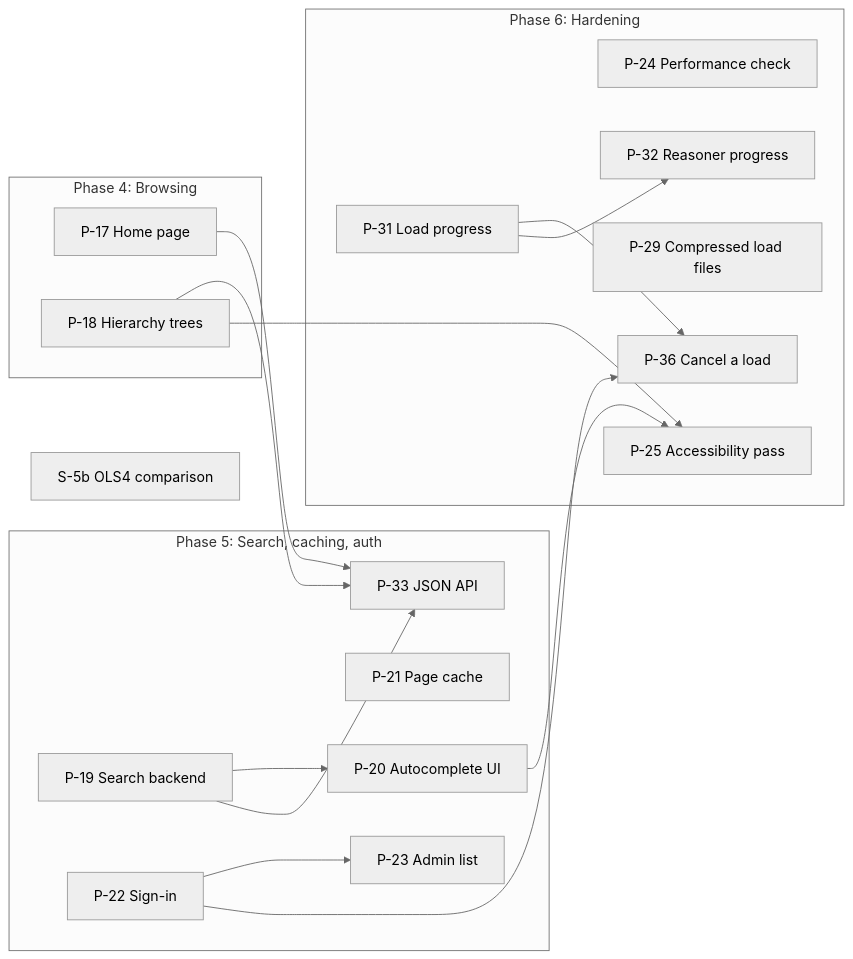
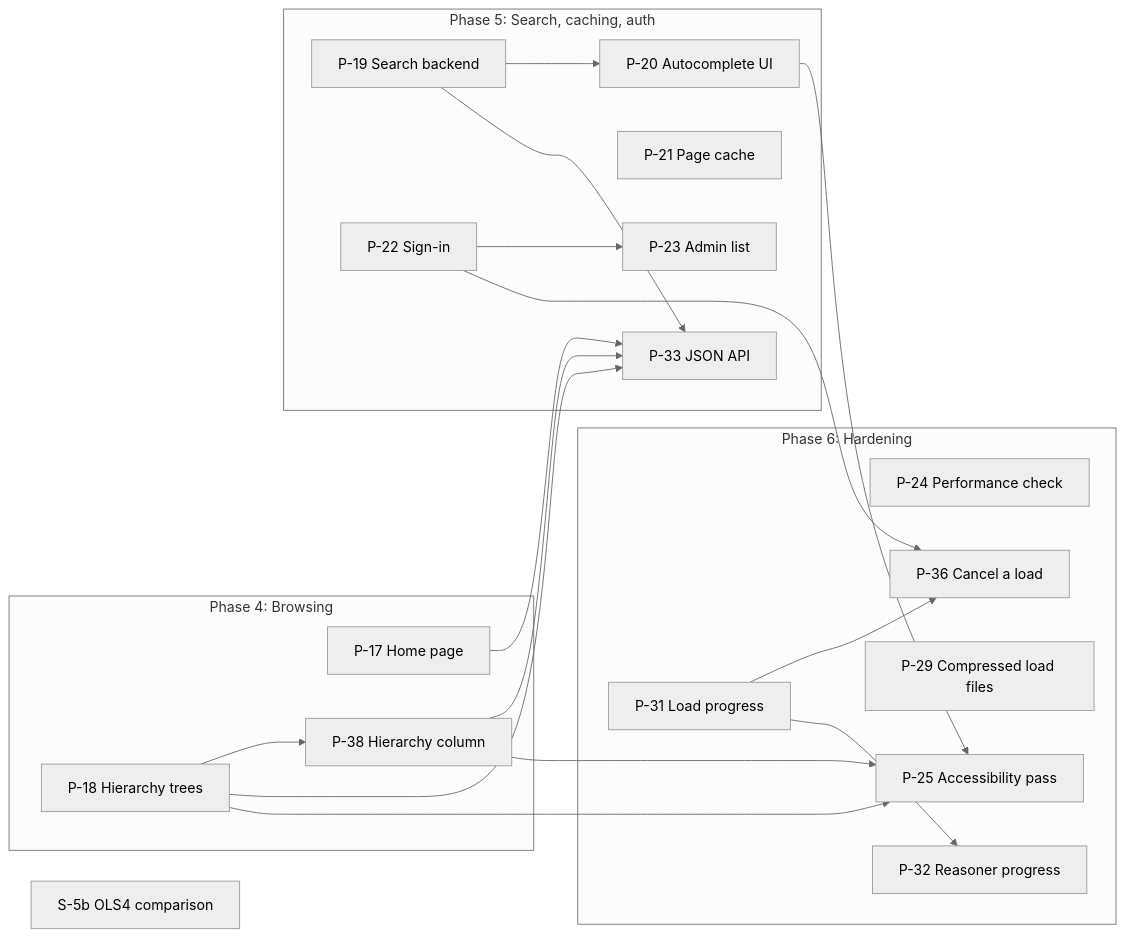
The diagram in docs/DESIGN.md (jclerman/browl), drawn with Mermaid (neutral theme) before and after one commit. The commit also changed other lines of this file, not shown here.

First line of the commit message:
Design: P-38, a hierarchy column on entity pages (U-45)

````diff
--- a/docs/DESIGN.md
+++ b/docs/DESIGN.md
@@ -1602,31 +1612,33 @@
 ```mermaid
 flowchart LR
     subgraph P4["Phase 4: Browsing"]
         P17["P-17 Home page"]
         P18["P-18 Hierarchy trees"]
+        P38["P-38 Hierarchy column"]
     end
     subgraph P5["Phase 5: Search, caching, auth"]
         P19["P-19 Search backend"]
         P20["P-20 Autocomplete UI"]
         P21["P-21 Page cache"]
         P22["P-22 Sign-in"]
         P23["P-23 Admin list"]
         P33["P-33 JSON API"]
     end
     subgraph P6["Phase 6: Hardening"]
         P24["P-24 Performance check"]
         P25["P-25 Accessibility pass"]
         P29["P-29 Compressed load files"]
         P31["P-31 Load progress"]
         P32["P-32 Reasoner progress"]
         P36["P-36 Cancel a load"]
     end
     S5b["S-5b OLS4 comparison"]
 
     P19 --> P20
-    P17 & P18 & P19 --> P33
-    P18 & P20 --> P25
+    P18 --> P38
+    P17 & P18 & P19 & P38 --> P33
+    P18 & P20 & P38 --> P25
     P22 --> P23
     P22 & P31 --> P36
     P31 --> P32
 ```
````
